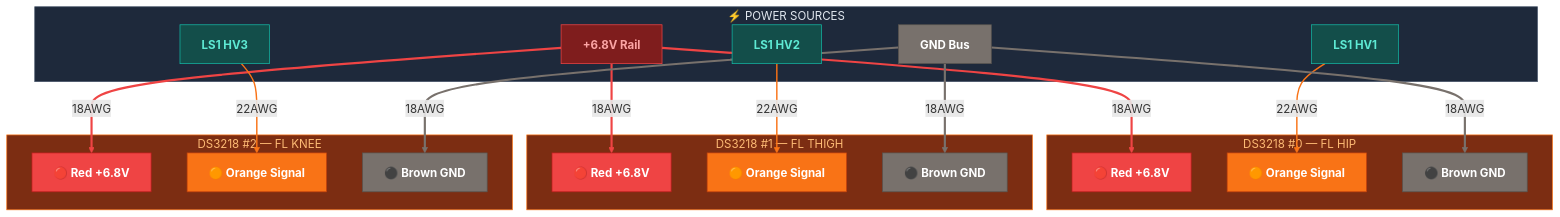
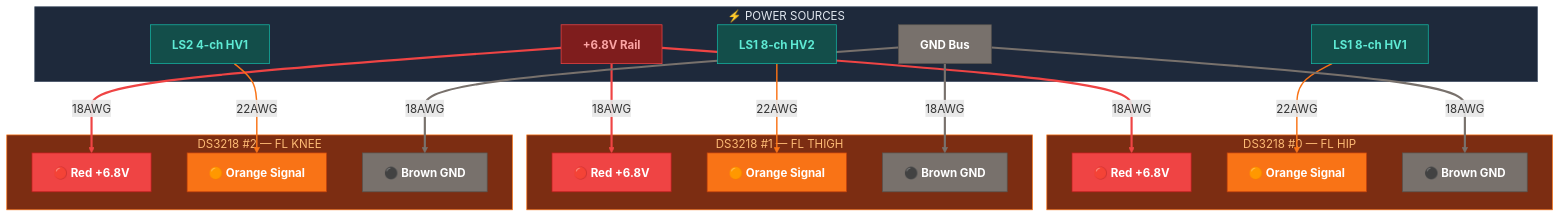
The second of 5 diagrams in control/docs/wiring_servo_power.md (Major-Project-001/VIGIL-RQ), drawn with Mermaid before and after one commit. The commit also changed other lines of this file and 3 other files, not shown here.

````diff
--- a/control/docs/wiring_servo_power.md
+++ b/control/docs/wiring_servo_power.md
@@ -51,53 +51,53 @@
 ```mermaid
 graph TD
     classDef red fill:#ef4444,stroke:#b91c1c,color:#fff,font-weight:bold
     classDef orange fill:#f97316,stroke:#c2410c,color:#fff,font-weight:bold
     classDef brown fill:#78716c,stroke:#57534e,color:#fff,font-weight:bold
     classDef rail fill:#7f1d1d,stroke:#ef4444,color:#fca5a5,font-weight:bold
     classDef ls fill:#134e4a,stroke:#14b8a6,color:#5eead4,font-weight:bold
 
     subgraph SOURCES_FL["⚡ POWER SOURCES"]
         RP1["+6.8V Rail"]:::rail
         RG1["GND Bus"]:::brown
-        LS1_HV1["LS1 HV1"]:::ls
-        LS1_HV2["LS1 HV2"]:::ls
-        LS1_HV3["LS1 HV3"]:::ls
+        LS1_HV1["LS1 8-ch HV1"]:::ls
+        LS1_HV2["LS1 8-ch HV2"]:::ls
+        LS2_HV1["LS2 4-ch HV1"]:::ls
     end
 
     subgraph S0["DS3218 #0 — FL HIP"]
         S0_R["🔴 Red +6.8V"]:::red
         S0_O["🟠 Orange Signal"]:::orange
         S0_B["⚫ Brown GND"]:::brown
     end
 
     subgraph S1["DS3218 #1 — FL THIGH"]
         S1_R["🔴 Red +6.8V"]:::red
         S1_O["🟠 Orange Signal"]:::orange
         S1_B["⚫ Brown GND"]:::brown
     end
 
     subgraph S2["DS3218 #2 — FL KNEE"]
         S2_R["🔴 Red +6.8V"]:::red
         S2_O["🟠 Orange Signal"]:::orange
         S2_B["⚫ Brown GND"]:::brown
     end
 
     RP1 ==>|"18AWG"| S0_R
     RP1 ==>|"18AWG"| S1_R
     RP1 ==>|"18AWG"| S2_R
     LS1_HV1 -->|"22AWG"| S0_O
     LS1_HV2 -->|"22AWG"| S1_O
-    LS1_HV3 -->|"22AWG"| S2_O
+    LS2_HV1 -->|"22AWG"| S2_O
     RG1 ==>|"18AWG"| S0_B
     RG1 ==>|"18AWG"| S1_B
     RG1 ==>|"18AWG"| S2_B
 
     linkStyle 0,1,2 stroke:#ef4444,stroke-width:3px
     linkStyle 3,4,5 stroke:#f97316,stroke-width:2px
     linkStyle 6,7,8 stroke:#78716c,stroke-width:3px
 
     style SOURCES_FL fill:#1e293b,stroke:#475569,color:#e2e8f0
     style S0 fill:#7c2d12,stroke:#f97316,color:#fdba74
     style S1 fill:#7c2d12,stroke:#f97316,color:#fdba74
     style S2 fill:#7c2d12,stroke:#f97316,color:#fdba74
 ```
````
